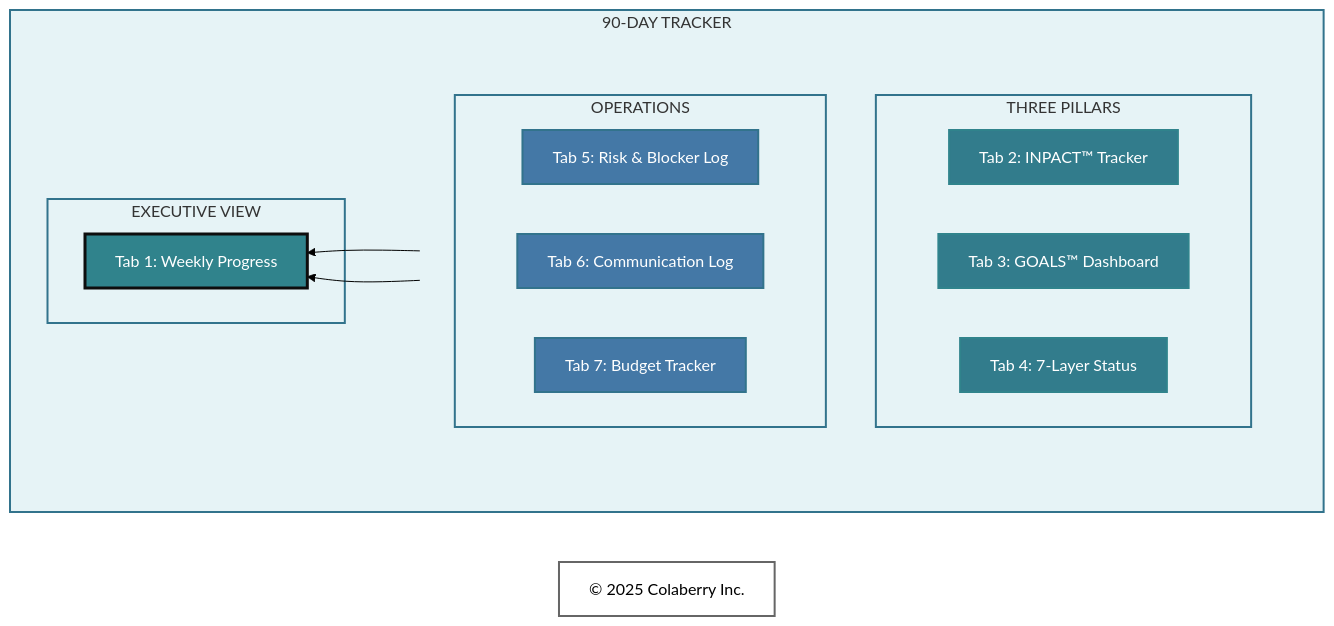
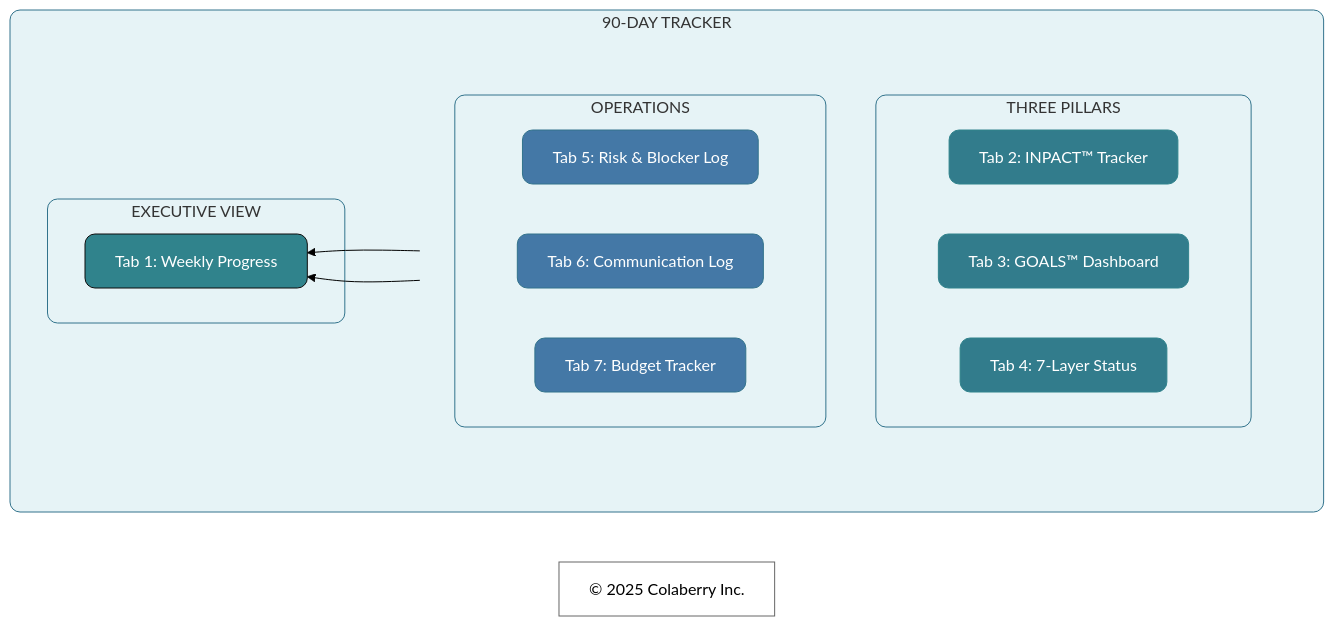
One commit to colaberry/trust-before-intelligence-book changed the seventh of 7 diagrams in manuscript/11_chapter_10_week_by_week_implementation.md. Above: the diagram before and after it, drawn with Mermaid (forest theme). The commit also changed other lines of this file and 12 other files, not shown here.

````diff
--- a/manuscript/11_chapter_10_week_by_week_implementation.md
+++ b/manuscript/11_chapter_10_week_by_week_implementation.md
@@ -1702,47 +1702,47 @@
 ```mermaid
 
 graph RL
     subgraph TRACKER["90-DAY TRACKER"]
         direction RL
         subgraph EXECUTIVE["EXECUTIVE VIEW"]
             T1["Tab 1: Weekly Progress"]
         end
         
         subgraph FEEDS[" "]
             direction TB
             subgraph PILLARS["THREE PILLARS"]
                 direction RL
                 T2["Tab 2: INPACT™ Tracker"]
                 T3["Tab 3: GOALS™ Dashboard"]
                 T4["Tab 4: 7-Layer Status"]
             end
             
             subgraph OPS["OPERATIONS"]
                 direction RL
                 T5["Tab 5: Risk & Blocker Log"]
                 T6["Tab 6: Communication Log"]
                 T7["Tab 7: Budget Tracker"]
             end
         end
     end
     
     Copyright["© 2025 Colaberry Inc."]
     
     PILLARS --> T1
     OPS --> T1
 
-    style TRACKER fill:#E6F3F6,stroke:#32738C,stroke-width:2px
-    style EXECUTIVE fill:#E6F3F6,stroke:#32738C,stroke-width:2px
-    style FEEDS fill:none,stroke:none
-    style PILLARS fill:#E6F3F6,stroke:#32738C,stroke-width:2px
-    style OPS fill:#E6F3F6,stroke:#32738C,stroke-width:2px
-    style T1 fill:#30838C,stroke:#0D0D0D,stroke-width:3px,color:#ffffff
-    style T2 fill:#327C8C,stroke:#30838C,stroke-width:2px,color:#ffffff
-    style T3 fill:#327C8C,stroke:#30838C,stroke-width:2px,color:#ffffff
-    style T4 fill:#327C8C,stroke:#30838C,stroke-width:2px,color:#ffffff
-    style T5 fill:#4478A6,stroke:#32738C,stroke-width:2px,color:#ffffff
-    style T6 fill:#4478A6,stroke:#32738C,stroke-width:2px,color:#ffffff
-    style T7 fill:#4478A6,stroke:#32738C,stroke-width:2px,color:#ffffff
-    style Copyright fill:#ffffff,stroke:#666666,stroke-width:2px,color:#000000
+    style TRACKER fill:#E6F3F6,stroke:#32738C,stroke-width:1px,rx:10,ry:10
+    style EXECUTIVE fill:#E6F3F6,stroke:#32738C,stroke-width:1px,rx:10,ry:10
+    style FEEDS fill:none,stroke:none,rx:10,ry:10
+    style PILLARS fill:#E6F3F6,stroke:#32738C,stroke-width:1px,rx:10,ry:10
+    style OPS fill:#E6F3F6,stroke:#32738C,stroke-width:1px,rx:10,ry:10
+    style T1 fill:#30838C,stroke:#0D0D0D,stroke-width:1px,color:#ffffff,rx:10,ry:10
+    style T2 fill:#327C8C,stroke:#30838C,stroke-width:1px,color:#ffffff,rx:10,ry:10
+    style T3 fill:#327C8C,stroke:#30838C,stroke-width:1px,color:#ffffff,rx:10,ry:10
+    style T4 fill:#327C8C,stroke:#30838C,stroke-width:1px,color:#ffffff,rx:10,ry:10
+    style T5 fill:#4478A6,stroke:#32738C,stroke-width:1px,color:#ffffff,rx:10,ry:10
+    style T6 fill:#4478A6,stroke:#32738C,stroke-width:1px,color:#ffffff,rx:10,ry:10
+    style T7 fill:#4478A6,stroke:#32738C,stroke-width:1px,color:#ffffff,rx:10,ry:10
+    style Copyright fill:none,stroke:#666666,stroke-width:1px,color:#000000
 
 ```
````
